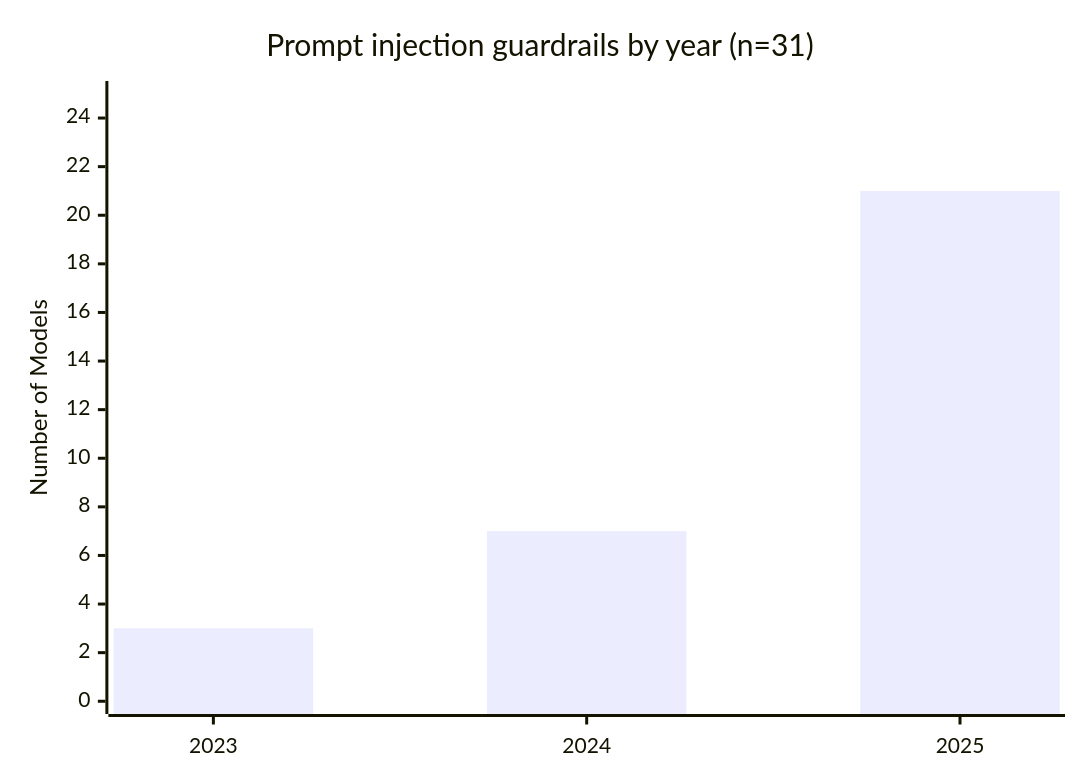
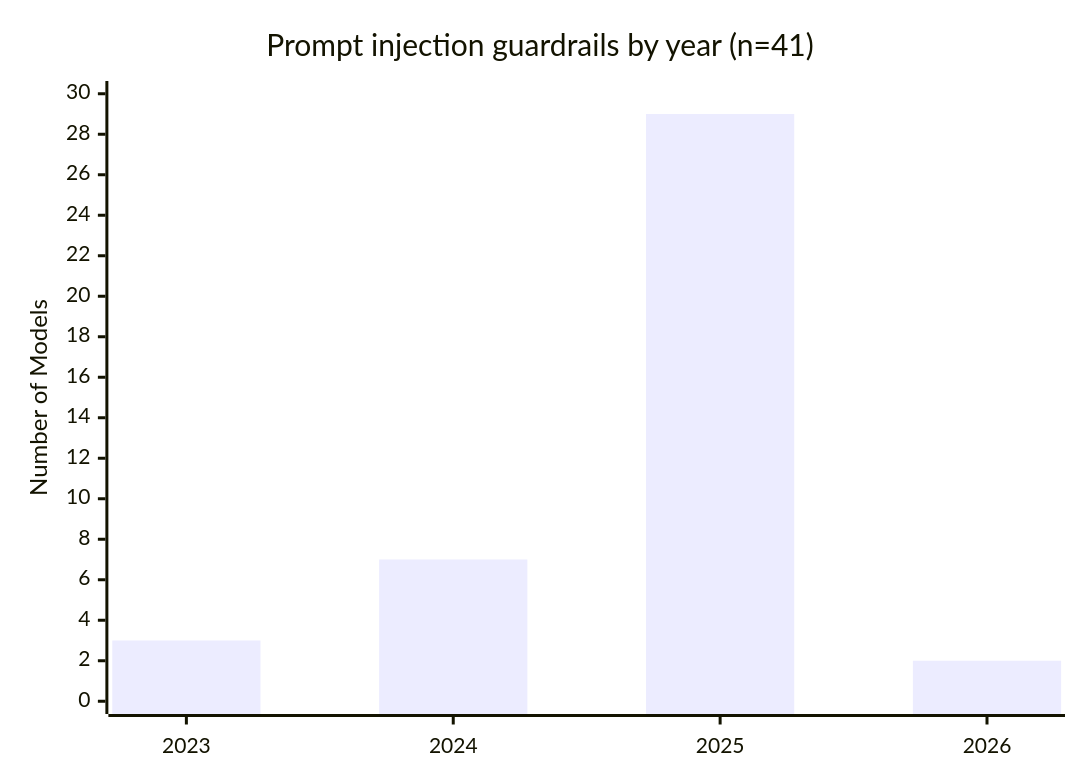
Before and after one commit to m-misiura/trustyai-blog: the second of 4 diagrams in src/content/blog/community/evaluating-prompt-injection.md, drawn with Mermaid. The commit also changed other lines of this file, not shown here.

````diff
--- a/src/content/blog/community/evaluating-prompt-injection.md
+++ b/src/content/blog/community/evaluating-prompt-injection.md
@@ -54,13 +54,13 @@
 ```mermaid
 ---
 config:
   themeVariables:
     xyChart:
       backgroundColor: "transparent"
 ---
 xychart-beta
-    title "Prompt injection guardrails by year (n=31)"
-    x-axis [2023, 2024, 2025]
-    y-axis "Number of Models" 0 --> 25
-    bar [3, 7, 21]
+    title "Prompt injection guardrails by year (n=41)"
+    x-axis [2023, 2024, 2025, 2026]
+    y-axis "Number of Models" 0 --> 30
+    bar [3, 7, 29, 2]
 ```
````
